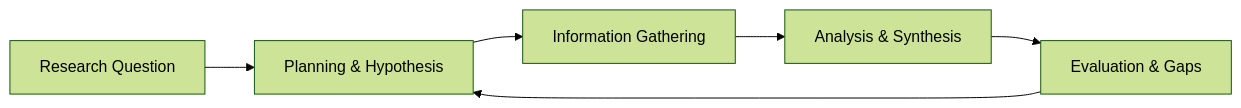
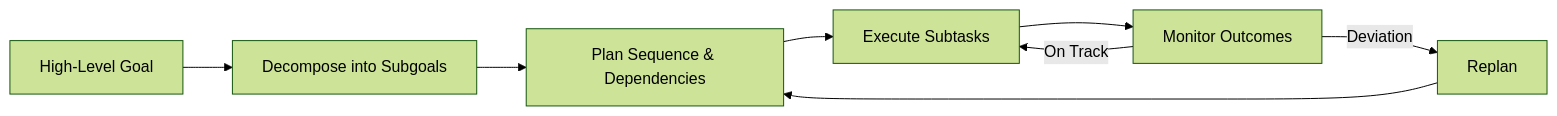
Before and after one commit to m-rizqinovniari/agentic-handbook: the second of 5 diagrams in docusaurus/docs/part-4/chapter-13.md, drawn with Mermaid (forest theme). The commit also changed other lines of this file and 19 other files, not shown here.

````diff
--- a/docusaurus/docs/part-4/chapter-13.md
+++ b/docusaurus/docs/part-4/chapter-13.md
@@ -117,8 +129,10 @@
 ```mermaid
 flowchart LR
-    A[Research Question] --> B[Planning & Hypothesis]
-    B --> C[Information Gathering]
-    C --> D[Analysis & Synthesis]
-    D --> E[Evaluation & Gaps]
-    E --> B
+    G[High-Level Goal] --> D[Decompose into Subgoals]
+    D --> P[Plan Sequence & Dependencies]
+    P --> E[Execute Subtasks]
+    E --> M[Monitor Outcomes]
+    M -->|On Track| E
+    M -->|Deviation| R[Replan]
+    R --> P
 ```
````
